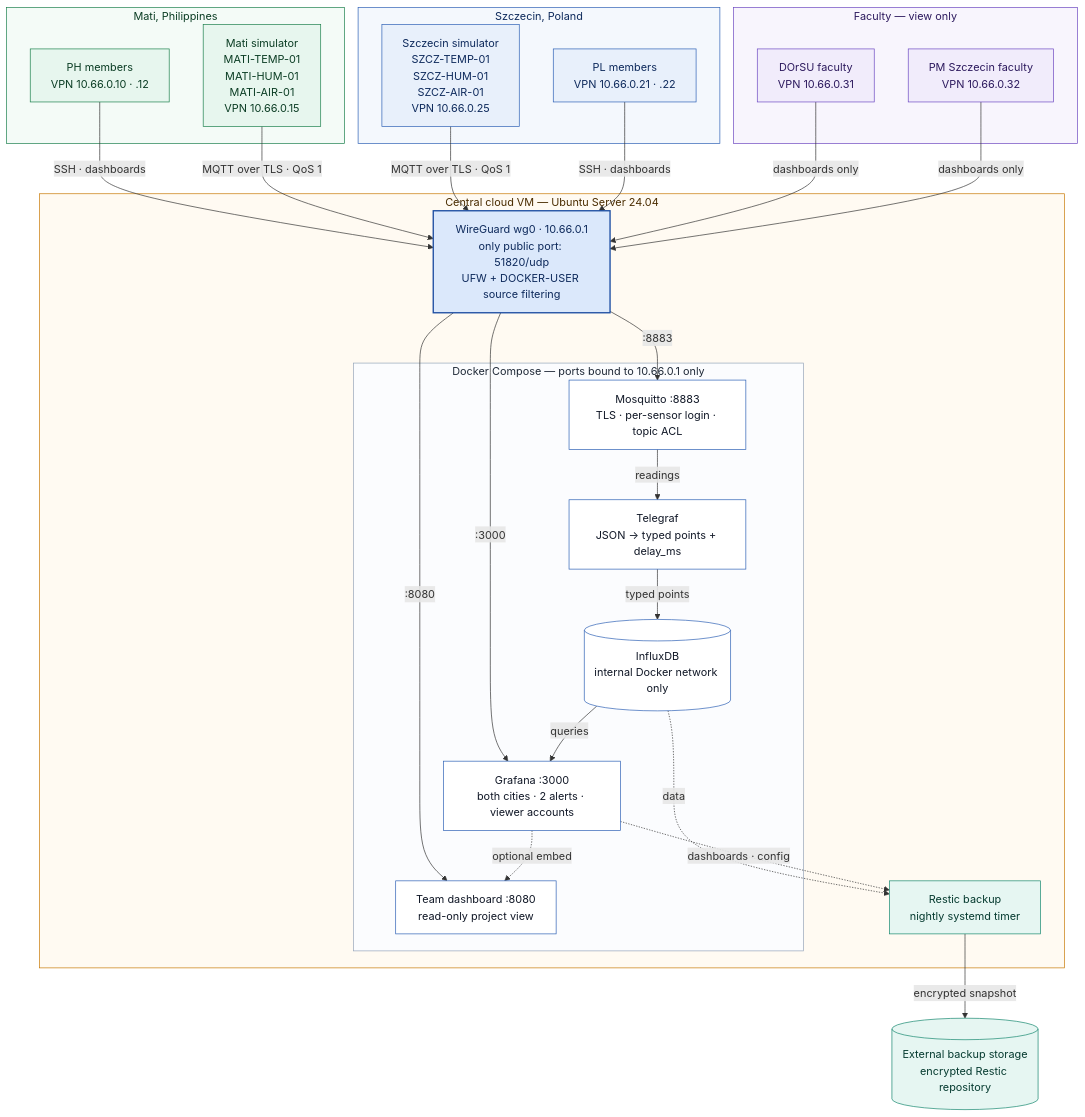
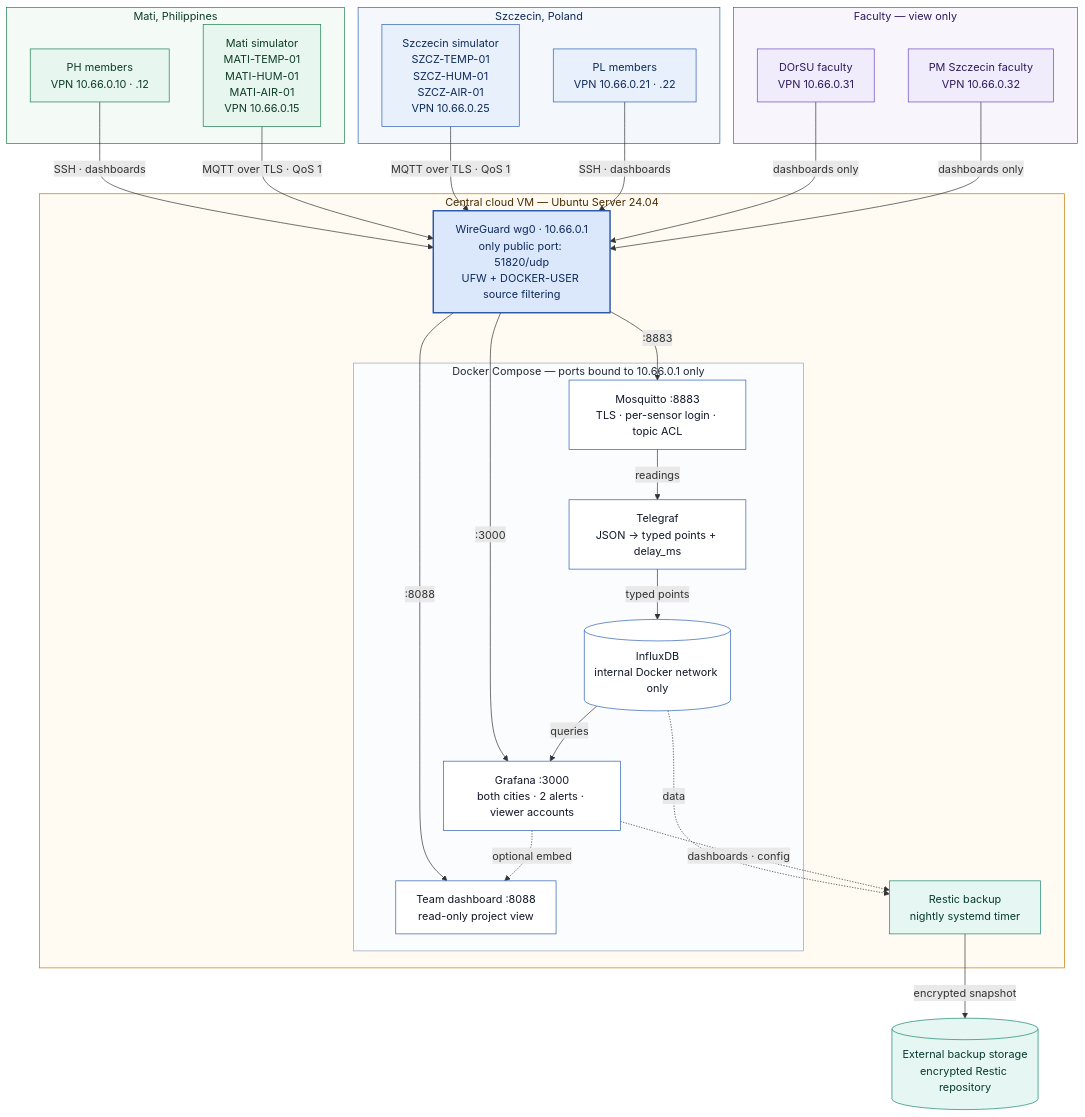
Before and after one commit to Jeslito30/coil-projectD: the first of 2 diagrams in documents/architecture.md, drawn with Mermaid. The commit also changed other lines of this file and 14 other files, not shown here.

First line of the commit message:
Add Team Dashboard v1 (read-only live view on 10.66.0.1:8088)

````diff
--- a/documents/architecture.md
+++ b/documents/architecture.md
@@ -28,68 +28,68 @@
 ```mermaid
 flowchart TB
     subgraph MATI["Mati, Philippines"]
         PH["PH members<br/>VPN 10.66.0.10 · .12"]
         MS["Mati simulator<br/>MATI-TEMP-01<br/>MATI-HUM-01<br/>MATI-AIR-01<br/>VPN 10.66.0.15"]
     end
 
     subgraph SZCZ["Szczecin, Poland"]
         SS["Szczecin simulator<br/>SZCZ-TEMP-01<br/>SZCZ-HUM-01<br/>SZCZ-AIR-01<br/>VPN 10.66.0.25"]
         PL["PL members<br/>VPN 10.66.0.21 · .22"]
     end
 
     subgraph FAC["Faculty — view only"]
         F1["DOrSU faculty<br/>VPN 10.66.0.31"]
         F2["PM Szczecin faculty<br/>VPN 10.66.0.32"]
     end
 
     subgraph CLOUD["Central cloud VM — Ubuntu Server 24.04"]
         WG["WireGuard wg0 · 10.66.0.1<br/>only public port: 51820/udp<br/>UFW + DOCKER-USER source filtering"]
         subgraph DOCKER["Docker Compose — ports bound to 10.66.0.1 only"]
             MQ["Mosquitto :8883<br/>TLS · per-sensor login · topic ACL"]
             TG["Telegraf<br/>JSON → typed points + delay_ms"]
             IDB[("InfluxDB<br/>internal Docker network only")]
             GF["Grafana :3000<br/>both cities · 2 alerts · viewer accounts"]
-            TD["Team dashboard :8080<br/>read-only project view"]
+            TD["Team dashboard :8088<br/>read-only project view"]
         end
         BK["Restic backup<br/>nightly systemd timer"]
     end
 
     EXT[("External backup storage<br/>encrypted Restic repository")]
 
     PH -->|"SSH · dashboards"| WG
     MS -->|"MQTT over TLS · QoS 1"| WG
     SS -->|"MQTT over TLS · QoS 1"| WG
     PL -->|"SSH · dashboards"| WG
     F1 & F2 -->|"dashboards only"| WG
 
     WG -->|":8883"| MQ
     WG -->|":3000"| GF
-    WG -->|":8080"| TD
+    WG -->|":8088"| TD
     MQ -->|"readings"| TG
     TG -->|"typed points"| IDB
     IDB -->|"queries"| GF
     GF -.->|"optional embed"| TD
     IDB -.->|"data"| BK
     GF -.->|"dashboards · config"| BK
     BK -->|"encrypted snapshot"| EXT
 
     classDef ph fill:#e7f6ee,stroke:#1a7f4b,color:#0b3d24
     classDef pl fill:#e8f0fb,stroke:#2b5fb4,color:#0e2a5c
     classDef fac fill:#f1ecfb,stroke:#6b46c1,color:#2d1a5e
     classDef gate fill:#dbe8fb,stroke:#1f4fa3,color:#0e2a5c,stroke-width:2px
     classDef svc fill:#ffffff,stroke:#2b5fb4,color:#111827
     classDef bk fill:#e6f6f2,stroke:#14866d,color:#063b30
 
     class MS,PH ph
     class SS,PL pl
     class F1,F2 fac
     class WG gate
     class MQ,TG,IDB,GF,TD svc
     class BK,EXT bk
 
     style MATI fill:#f4fbf7,stroke:#1a7f4b,color:#0b3d24
     style SZCZ fill:#f4f8fd,stroke:#2b5fb4,color:#0e2a5c
     style FAC fill:#f8f5fd,stroke:#6b46c1,color:#2d1a5e
     style CLOUD fill:#fffaf2,stroke:#c77700,color:#4a2c00
     style DOCKER fill:#fbfcfe,stroke:#94a3b8,color:#1f2937
 ```
````
